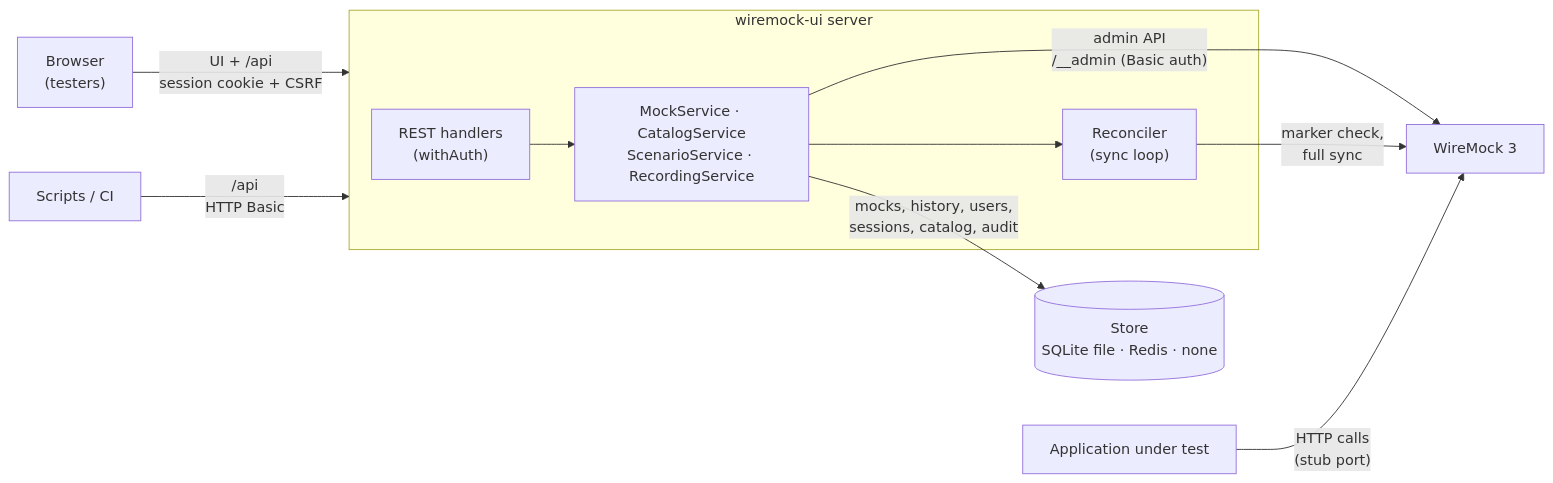
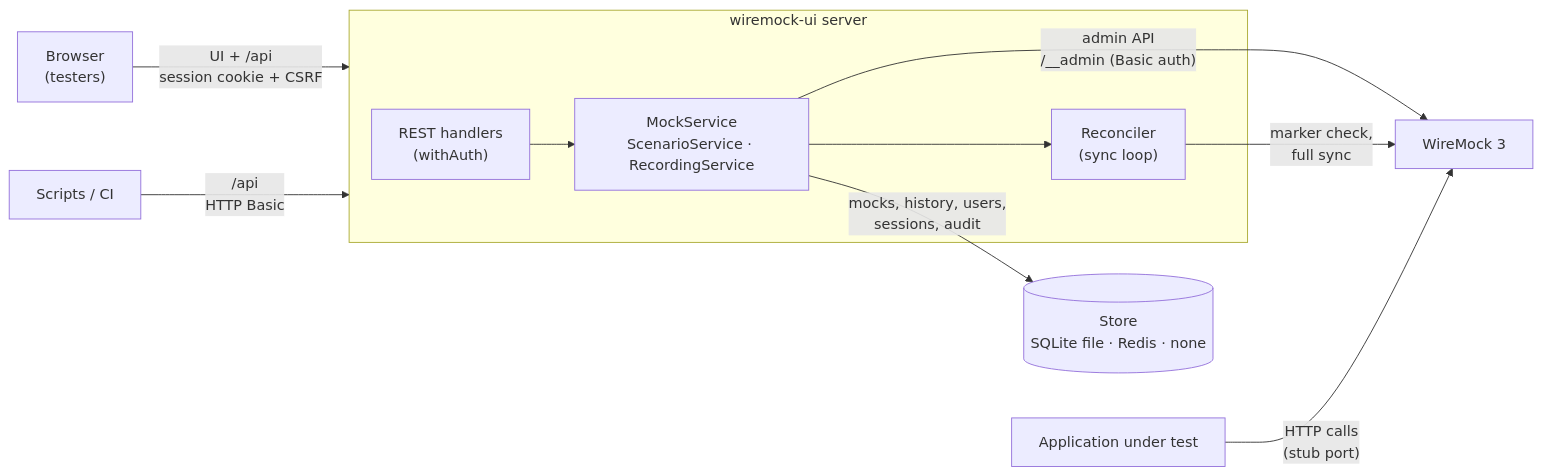
The first of 3 diagrams in README.md (abublihi/wiremock-ui), drawn with Mermaid before and after one commit. The commit also changed other lines of this file and 157 other files, not shown here.

````diff
--- a/README.md
+++ b/README.md
@@ -93,13 +90,13 @@
 ```mermaid
 flowchart LR
   tester["Browser<br/>(testers)"] -- "UI + /api<br/>session cookie + CSRF" --> ui
   ci["Scripts / CI"] -- "/api<br/>HTTP Basic" --> ui
   subgraph ui["wiremock-ui server"]
-    api["REST handlers<br/>(withAuth)"] --> svc["MockService · CatalogService<br/>ScenarioService · RecordingService"]
+    api["REST handlers<br/>(withAuth)"] --> svc["MockService<br/>ScenarioService · RecordingService"]
     svc --> rec["Reconciler<br/>(sync loop)"]
   end
-  svc -- "mocks, history, users,<br/>sessions, catalog, audit" --> store[("Store<br/>SQLite file · Redis · none")]
+  svc -- "mocks, history, users,<br/>sessions, audit" --> store[("Store<br/>SQLite file · Redis · none")]
   svc -- "admin API<br/>/__admin (Basic auth)" --> wm["WireMock 3"]
   rec -- "marker check,<br/>full sync" --> wm
   app["Application under test"] -- "HTTP calls<br/>(stub port)" --> wm
 ```
````
